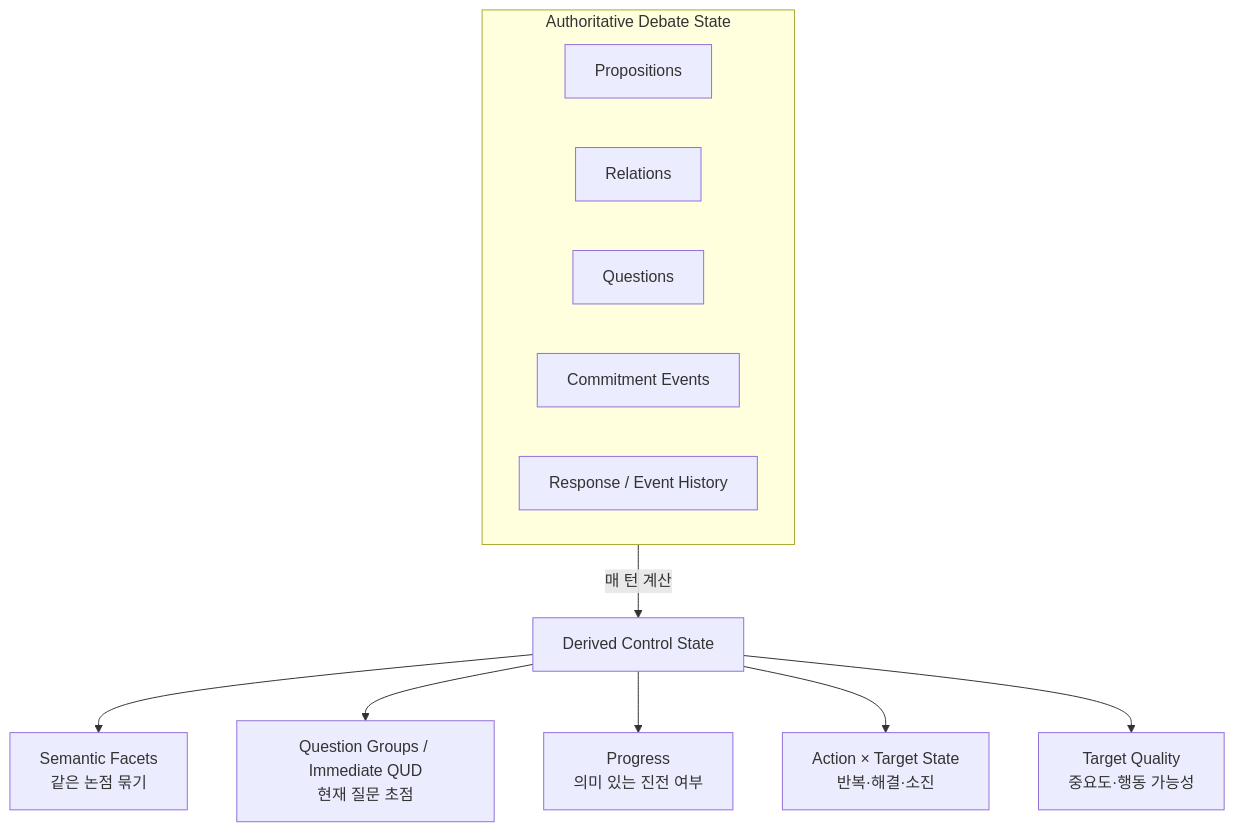
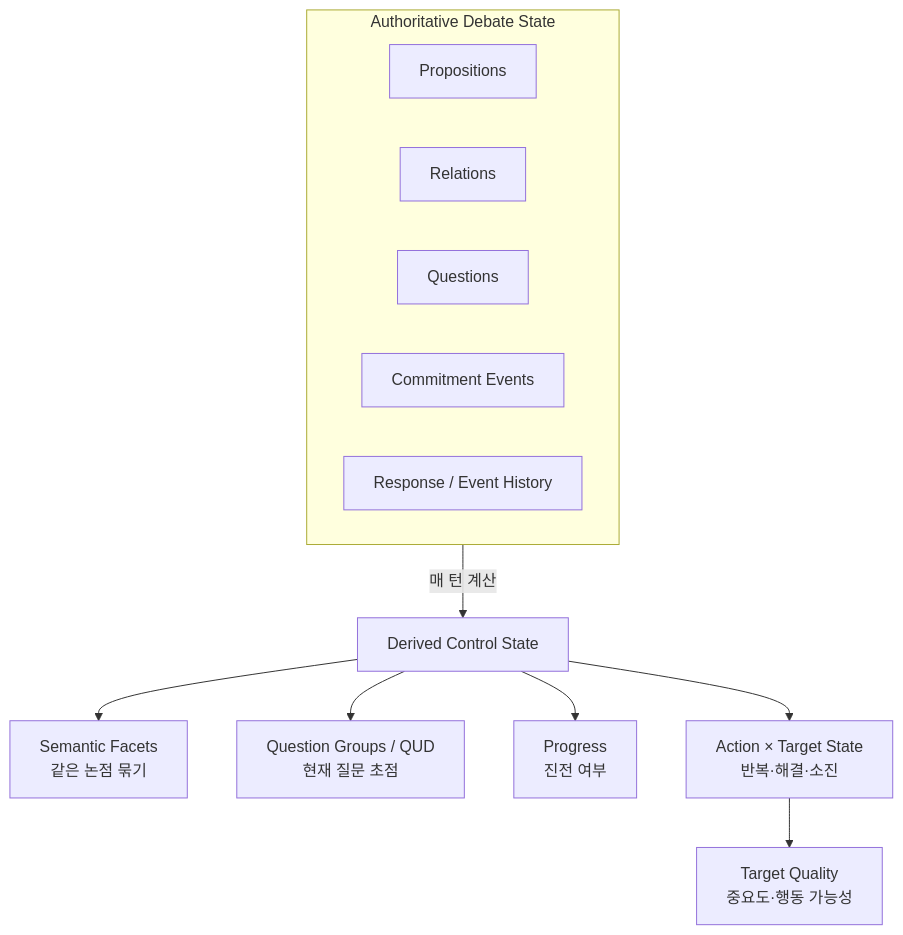
The sixth of 11 diagrams in README.md (hodob/A1-3), drawn with Mermaid before and after one commit. The commit also changed other lines of this file, not shown here.

Commit message:
Refine README readability with multi-view architecture hierarchy

````diff
--- a/README.md
+++ b/README.md
@@ -179,18 +269,18 @@
 ```mermaid
 flowchart TD
     subgraph RAW[Authoritative Debate State]
         P[Propositions]
         R[Relations]
         Q[Questions]
         C[Commitment Events]
         E[Response / Event History]
     end
 
     RAW -->|매 턴 계산| D[Derived Control State]
 
     D --> F[Semantic Facets<br/>같은 논점 묶기]
-    D --> G[Question Groups / Immediate QUD<br/>현재 질문 초점]
-    D --> H[Progress<br/>의미 있는 진전 여부]
+    D --> G[Question Groups / QUD<br/>현재 질문 초점]
+    D --> H[Progress<br/>진전 여부]
     D --> I[Action × Target State<br/>반복·해결·소진]
-    D --> J[Target Quality<br/>중요도·행동 가능성]
+    I --> J[Target Quality<br/>중요도·행동 가능성]
 ```
````
